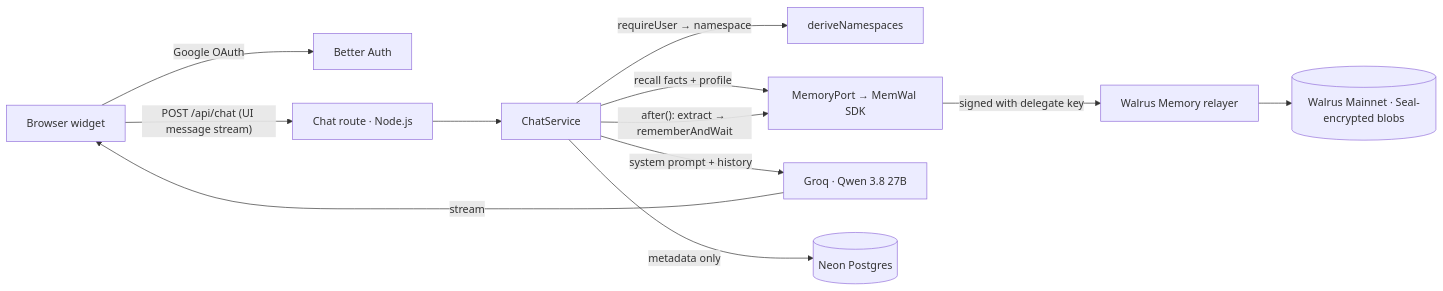
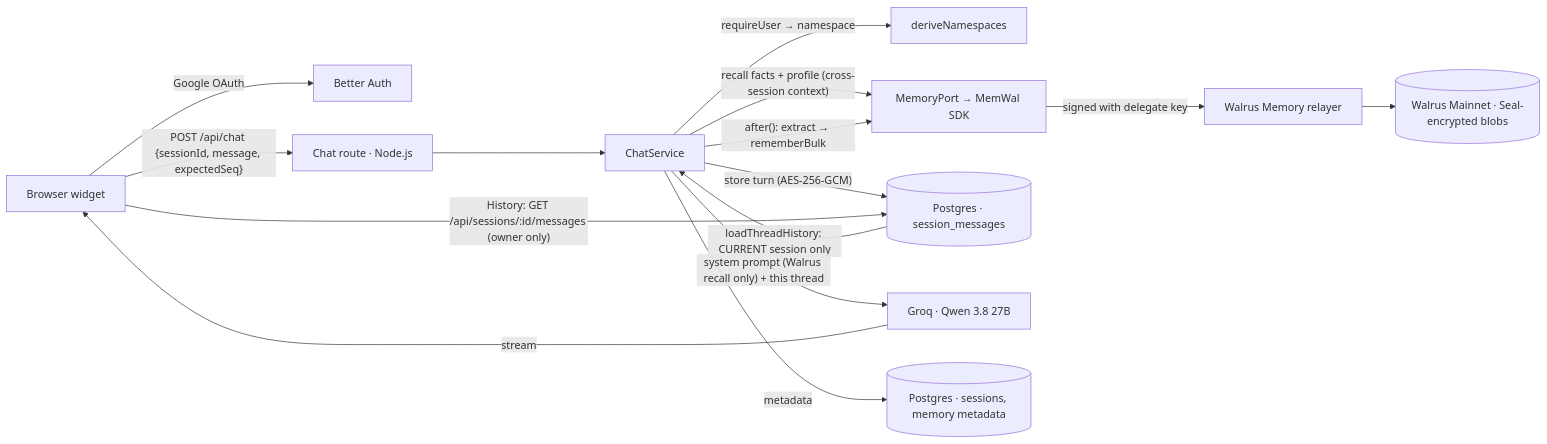
Before and after one commit to Marvin-MM/recall_coach: the diagram in README.md, drawn with Mermaid. The commit also changed other lines of this file and 8 other files, not shown here.

````diff
--- a/README.md
+++ b/README.md
@@ -24,14 +25,17 @@
 ```mermaid
 flowchart LR
   U[Browser widget] -- Google OAuth --> A[Better Auth]
-  U -- POST /api/chat (UI message stream) --> R[Chat route · Node.js]
+  U -- "POST /api/chat {sessionId, message, expectedSeq}" --> R[Chat route · Node.js]
   R --> S[ChatService]
   S -- requireUser → namespace --> N[deriveNamespaces]
-  S -- recall facts + profile --> M[MemoryPort → MemWal SDK]
+  S -- "recall facts + profile (cross-session context)" --> M[MemoryPort → MemWal SDK]
   M -- signed with delegate key --> RL[Walrus Memory relayer]
   RL --> W[(Walrus Mainnet · Seal-encrypted blobs)]
-  S -- system prompt + history --> G[Groq · Qwen 3.8 27B]
+  S -- "store turn (AES-256-GCM)" --> T[(Postgres · session_messages)]
+  T -- "loadThreadHistory: CURRENT session only" --> S
+  S -- "system prompt (Walrus recall only) + this thread" --> G[Groq · Qwen 3.8 27B]
   G -- stream --> U
-  S -- after(): extract → rememberAndWait --> M
-  S -- metadata only --> DB[(Neon Postgres)]
+  S -- after(): extract → rememberBulk --> M
+  S -- metadata --> DB[(Postgres · sessions, memory metadata)]
+  U -- "History: GET /api/sessions/:id/messages (owner only)" --> T
 ```
````
